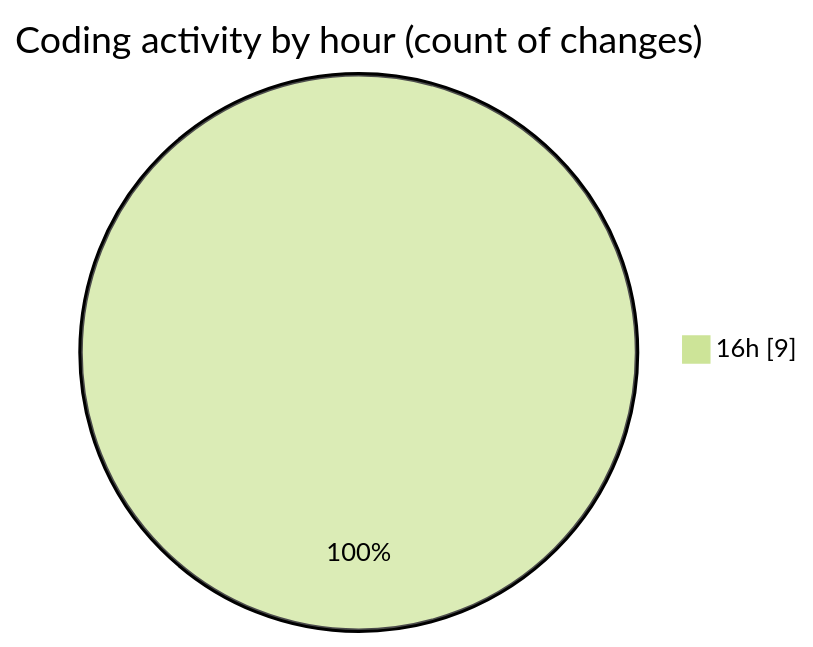
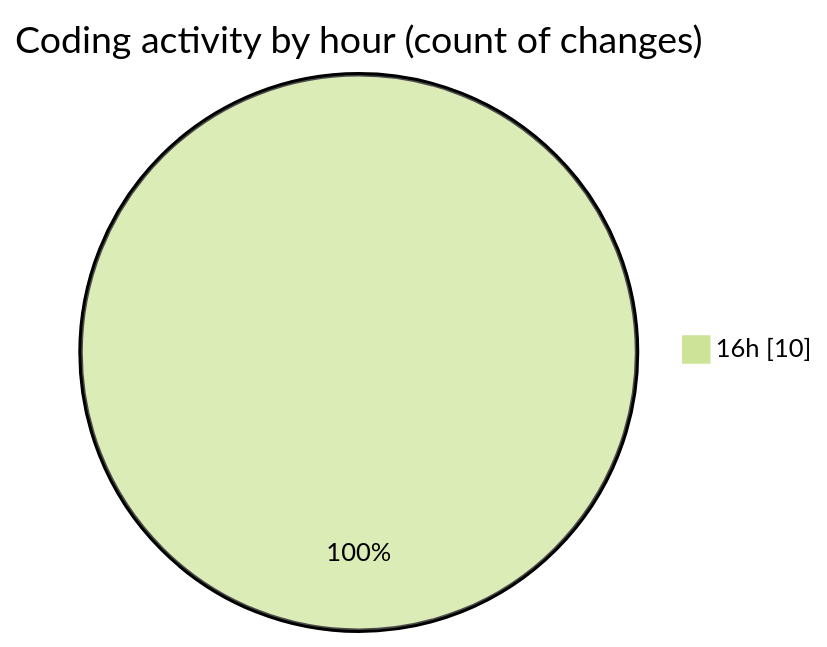
The second of 2 diagrams in 2025-02-05/coding_prac/README.md (NitaiMahat/code-tracking), drawn with Mermaid (forest theme) before and after one commit. The commit also changed other lines of this file and 1 other file, not shown here.

````diff
--- a/2025-02-05/coding_prac/README.md
+++ b/2025-02-05/coding_prac/README.md
@@ -31,5 +31,5 @@
 ```mermaid
 pie showData
 title Coding activity by hour (count of changes)
-"16h" : 9
+"16h" : 10
 ```
````
